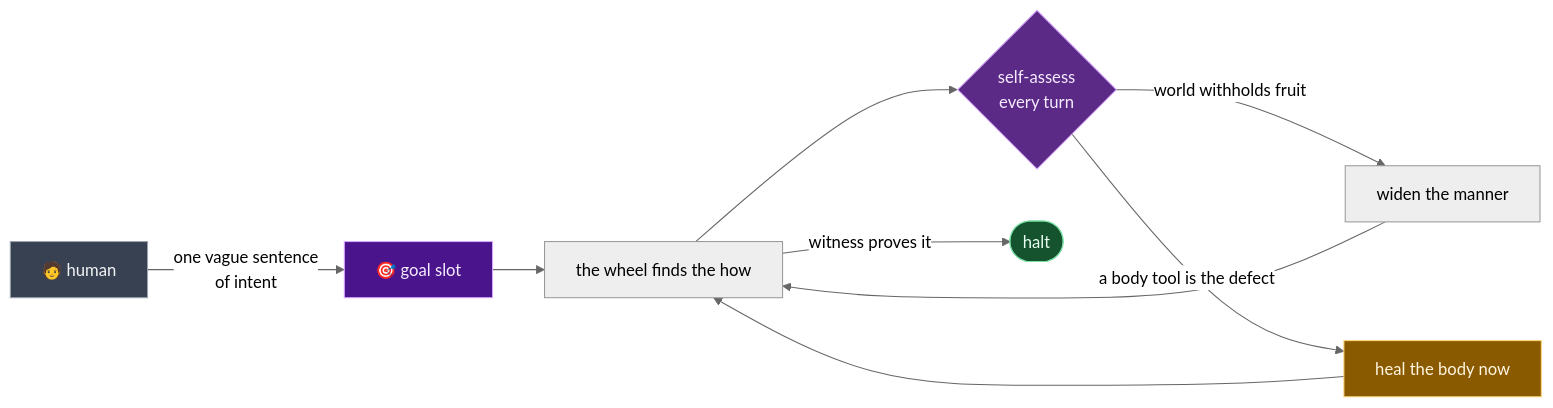
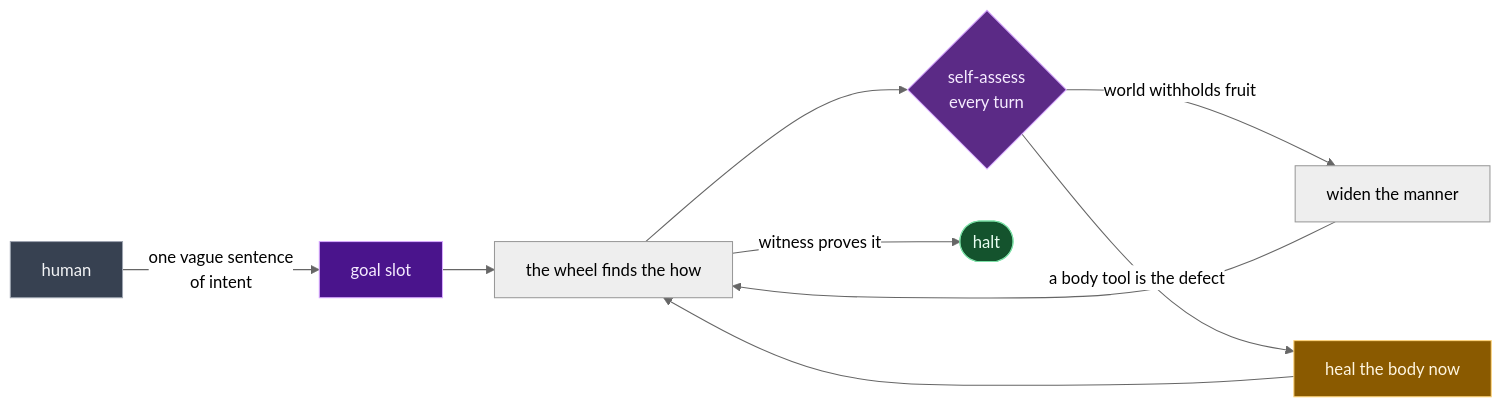
The ninth of 17 diagrams in README.md (wgabrys88/endgame-ai), drawn with Mermaid (neutral theme) before and after one commit. The commit also changed other lines of this file, not shown here.

````diff
--- a/README.md
+++ b/README.md
@@ -336,16 +336,16 @@
 ```mermaid
 flowchart LR
-    H["🧑 human"] -->|"one vague sentence<br/>of intent"| G["🎯 goal slot"]
+    H["human"] -->|"one vague sentence<br/>of intent"| G["goal slot"]
     G --> W["the wheel finds the how"]
     W --> SA{"self-assess<br/>every turn"}
     SA -->|world withholds fruit| WIDEN["widen the manner"]
     SA -->|a body tool is the defect| HEAL["heal the body now"]
     WIDEN --> W
     HEAL --> W
     W -->|witness proves it| DONE([halt])
     style H fill:#374151,stroke:#9ca3af,color:#f3f4f6
     style G fill:#4a148c,stroke:#d7a9ff,color:#f6ecff
     style SA fill:#5b2a86,stroke:#d7a9ff,color:#f6ecff
     style HEAL fill:#8a5a00,stroke:#ffd479,color:#fff6e0
     style DONE fill:#14532d,stroke:#7be0a6,color:#eafff2
 ```
````
